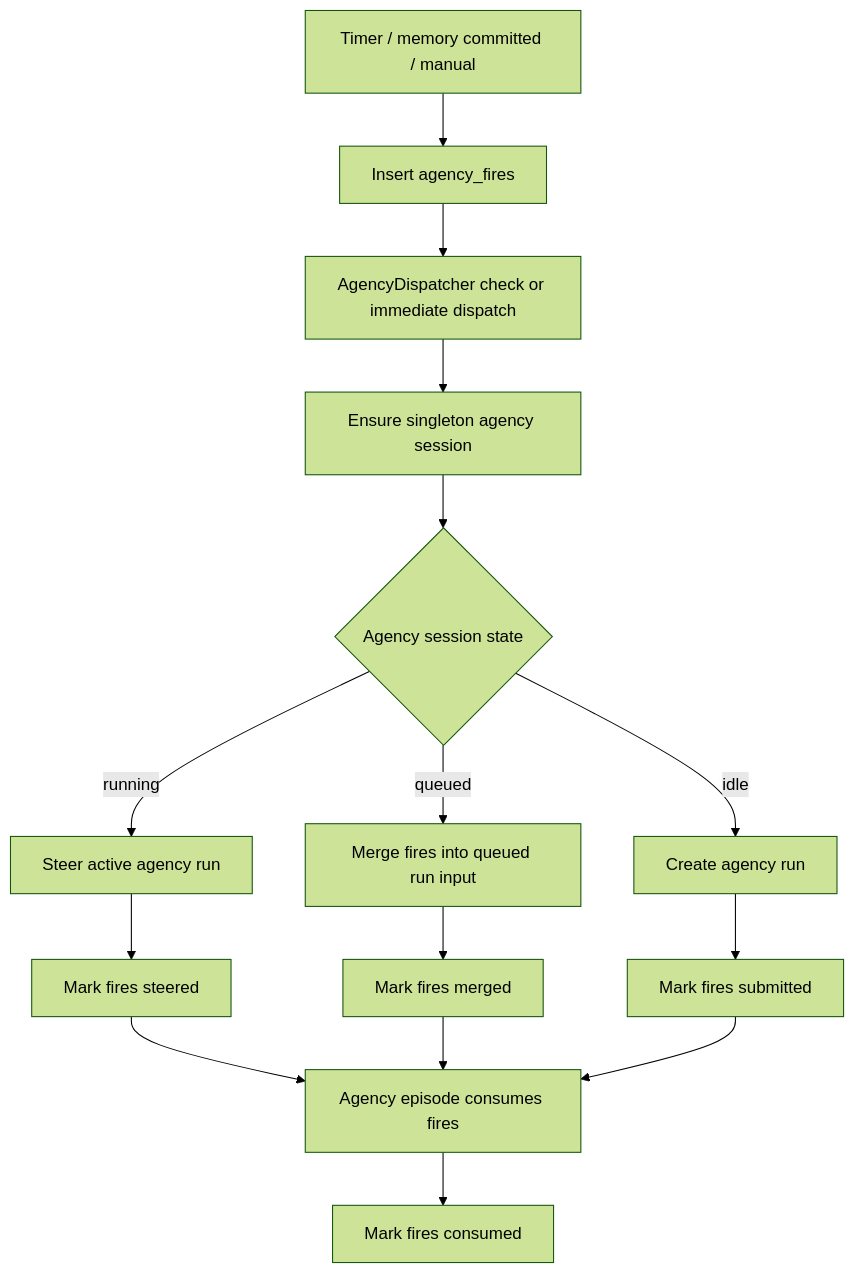
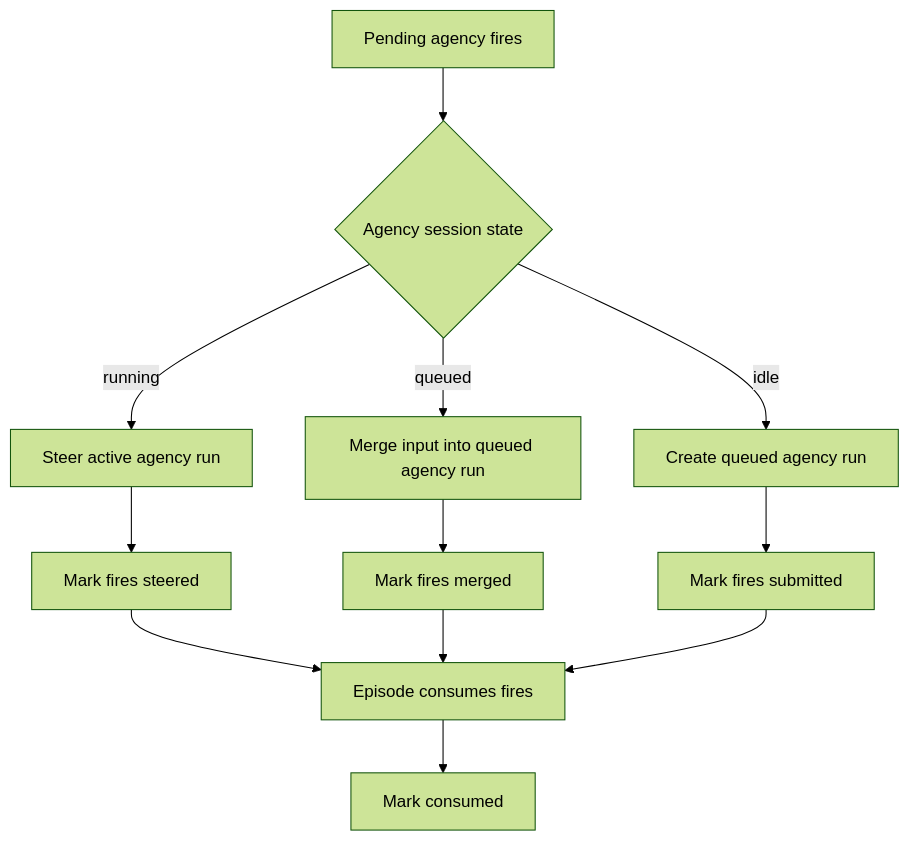
One commit to Alexsu26/ya-mono changed the second of 4 diagrams in packages/ya-claw/spec/11-session-agency.md. Above: the diagram before and after it, drawn with Mermaid (forest theme). The commit also changed other lines of this file and 18 other files, not shown here.

````diff
--- a/packages/ya-claw/spec/11-session-agency.md
+++ b/packages/ya-claw/spec/11-session-agency.md
@@ -205,17 +244,14 @@
 ```mermaid
 flowchart TD
-    T[Timer / memory committed / manual] --> F[Insert agency_fires]
-    F --> D[AgencyDispatcher check or immediate dispatch]
-    D --> S[Ensure singleton agency session]
-    S --> A{Agency session state}
+    F[Pending agency fires] --> A{Agency session state}
     A -->|running| R[Steer active agency run]
-    A -->|queued| M[Merge fires into queued run input]
-    A -->|idle| C[Create agency run]
+    A -->|queued| M[Merge input into queued agency run]
+    A -->|idle| C[Create queued agency run]
     R --> RS[Mark fires steered]
     M --> MS[Mark fires merged]
     C --> CS[Mark fires submitted]
-    RS --> E[Agency episode consumes fires]
+    RS --> E[Episode consumes fires]
     MS --> E
     CS --> E
-    E --> X[Mark fires consumed]
+    E --> X[Mark consumed]
 ```
````
